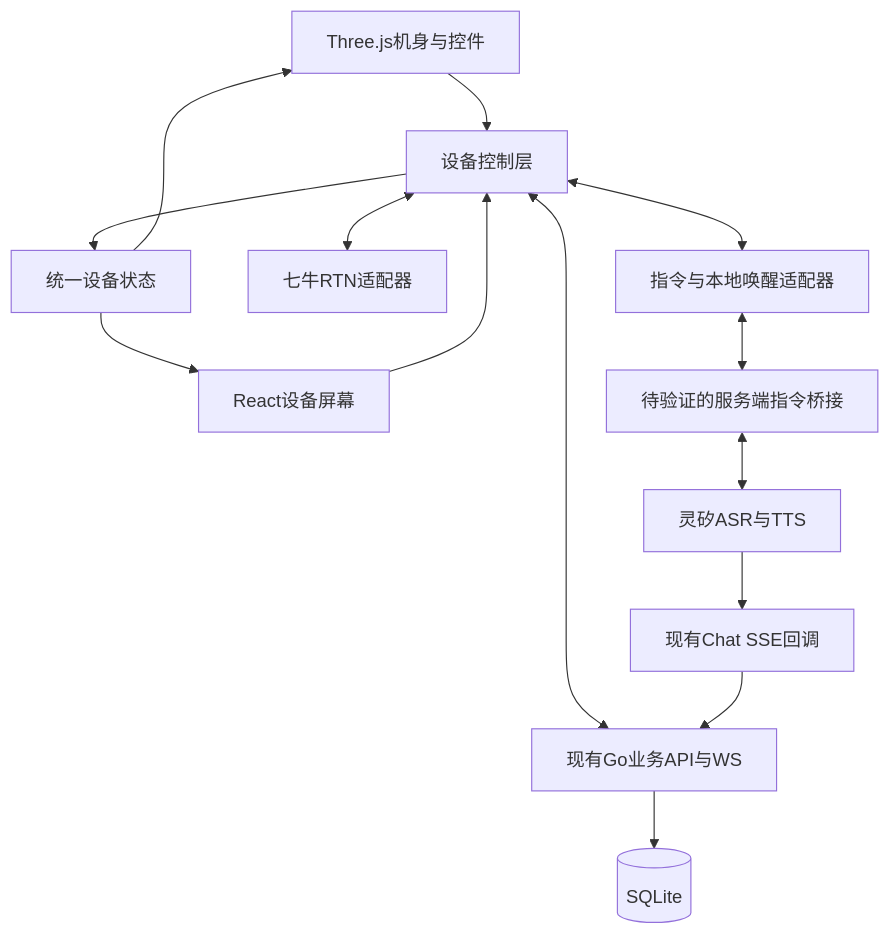
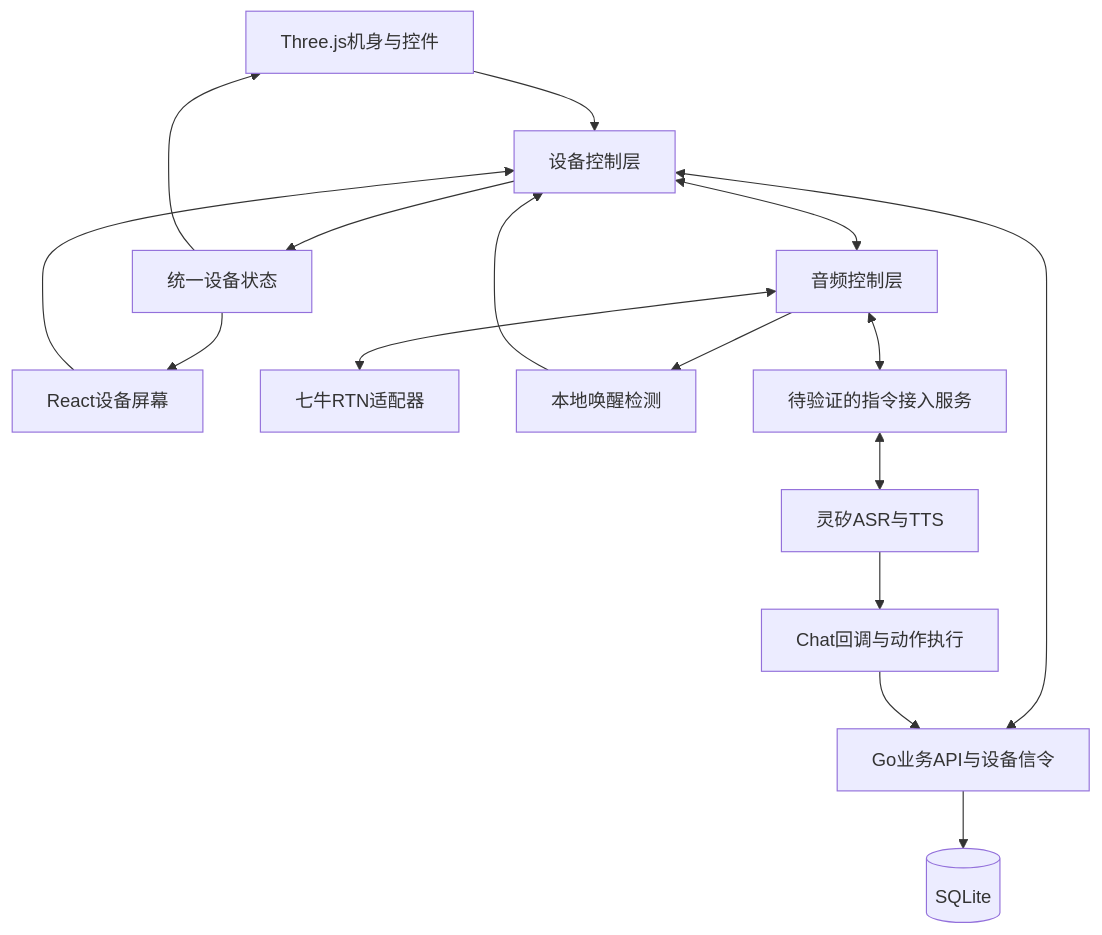
Before and after one commit to AdairZeng/fleet-ptt: the first of 2 diagrams in docs/technical-design.md, drawn with Mermaid. The commit also changed other lines of this file and 2 other files, not shown here.

````diff
--- a/docs/technical-design.md
+++ b/docs/technical-design.md
@@ -416,16 +21,18 @@
 ```mermaid
 flowchart TB
   shell[Three.js机身与控件] --> control[设备控制层]
   screen[React设备屏幕] --> control
   control --> state[统一设备状态]
   state --> shell
   state --> screen
-  control <--> api[现有Go业务API与WS]
-  control <--> rtc[七牛RTN适配器]
-  control <--> voice[指令与本地唤醒适配器]
-  voice <--> bridge[待验证的服务端指令桥接]
+  control <--> api[Go业务API与设备信令]
+  control <--> audio[音频控制层]
+  audio <--> rtc[七牛RTN适配器]
+  audio --> wake[本地唤醒检测]
+  wake --> control
+  audio <--> bridge[待验证的指令接入服务]
   bridge <--> linx[灵矽ASR与TTS]
-  linx --> callback[现有Chat SSE回调]
+  linx --> callback[Chat回调与动作执行]
   callback --> api
   api --> db[(SQLite)]
 ```
````
